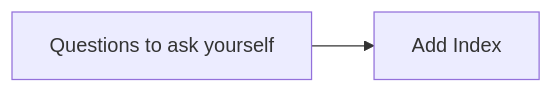
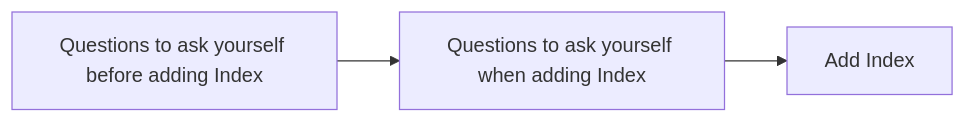
The first of 2 diagrams in database/README.md (chengr4/sop), drawn with Mermaid before and after one commit. The commit also changed other lines of this file, not shown here.

Commit message:
Update database README.md with questions for adding index

````diff
--- a/database/README.md
+++ b/database/README.md
@@ -5,4 +5,5 @@
 ```mermaid
 flowchart LR
-    qoa[Questions to ask yourself]  --> add[Add Index]
+    qoabai[Questions to ask yourself before adding Index] --> qoawai
+    qoawai[Questions to ask yourself when adding Index]  --> add[Add Index]
 ```
````
